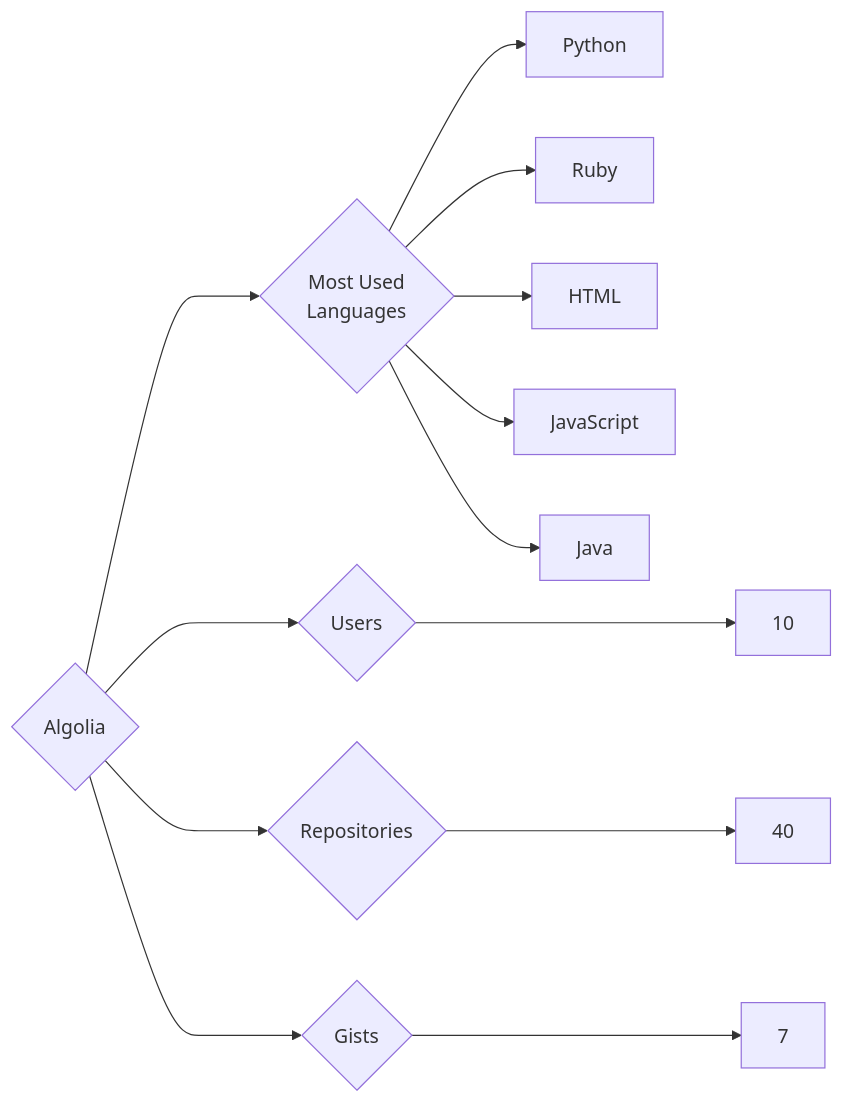
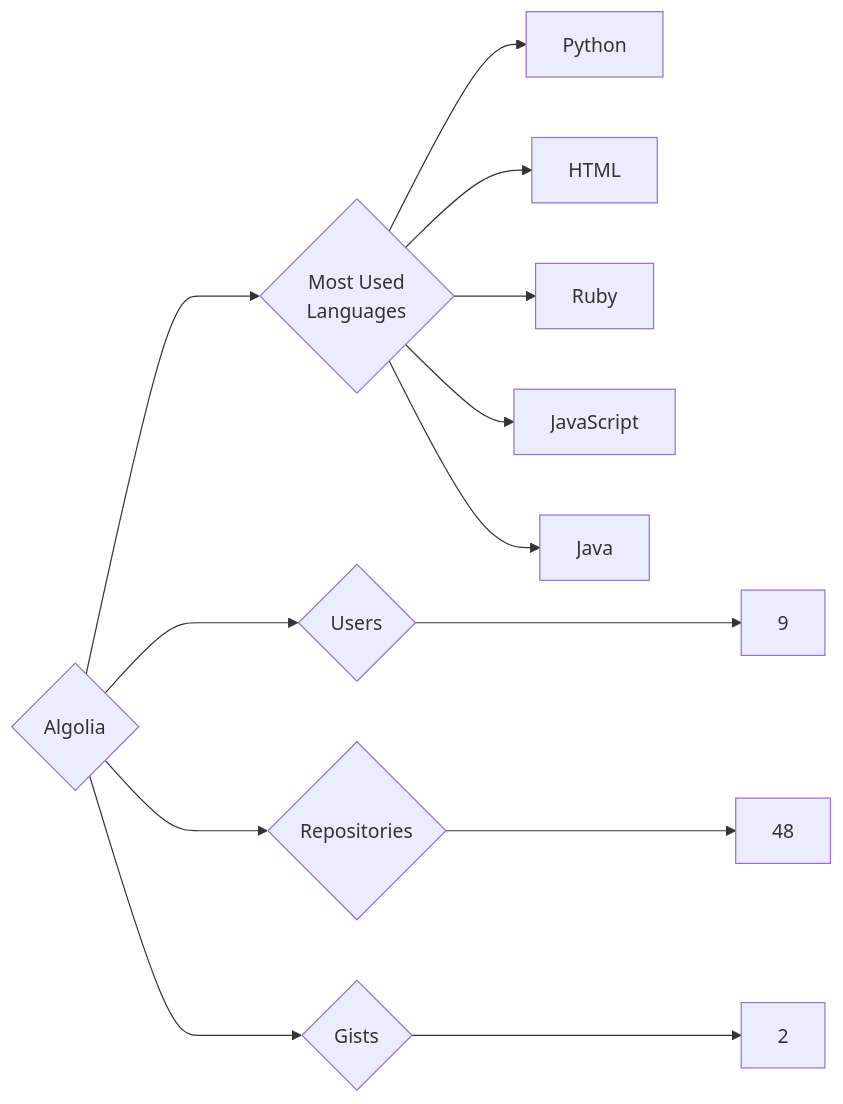
The diagram in targets/Algolia/README.md (trickest/insiders), drawn with Mermaid before and after one commit. The commit also changed 933 other files, not shown here.

````diff
--- a/targets/Algolia/README.md
+++ b/targets/Algolia/README.md
@@ -3,13 +3,13 @@
 ```mermaid
 graph LR
 COMPANY_NAME{Algolia}
-COMPANY_NAME ---> U{Users} ---> UN[10]
-COMPANY_NAME ---> R{Repositories} ---> RN[40]
-COMPANY_NAME ---> G{Gists} ---> GN[7]
+COMPANY_NAME ---> U{Users} ---> UN[9]
+COMPANY_NAME ---> R{Repositories} ---> RN[48]
+COMPANY_NAME ---> G{Gists} ---> GN[2]
 COMPANY_NAME ---> ML{Most Used<br>Languages}
 ML --> Python[Python]
+ML --> HTML[HTML]
 ML --> Ruby[Ruby]
-ML --> HTML[HTML]
 ML --> JavaScript[JavaScript]
 ML --> Java[Java]
 ```
````
